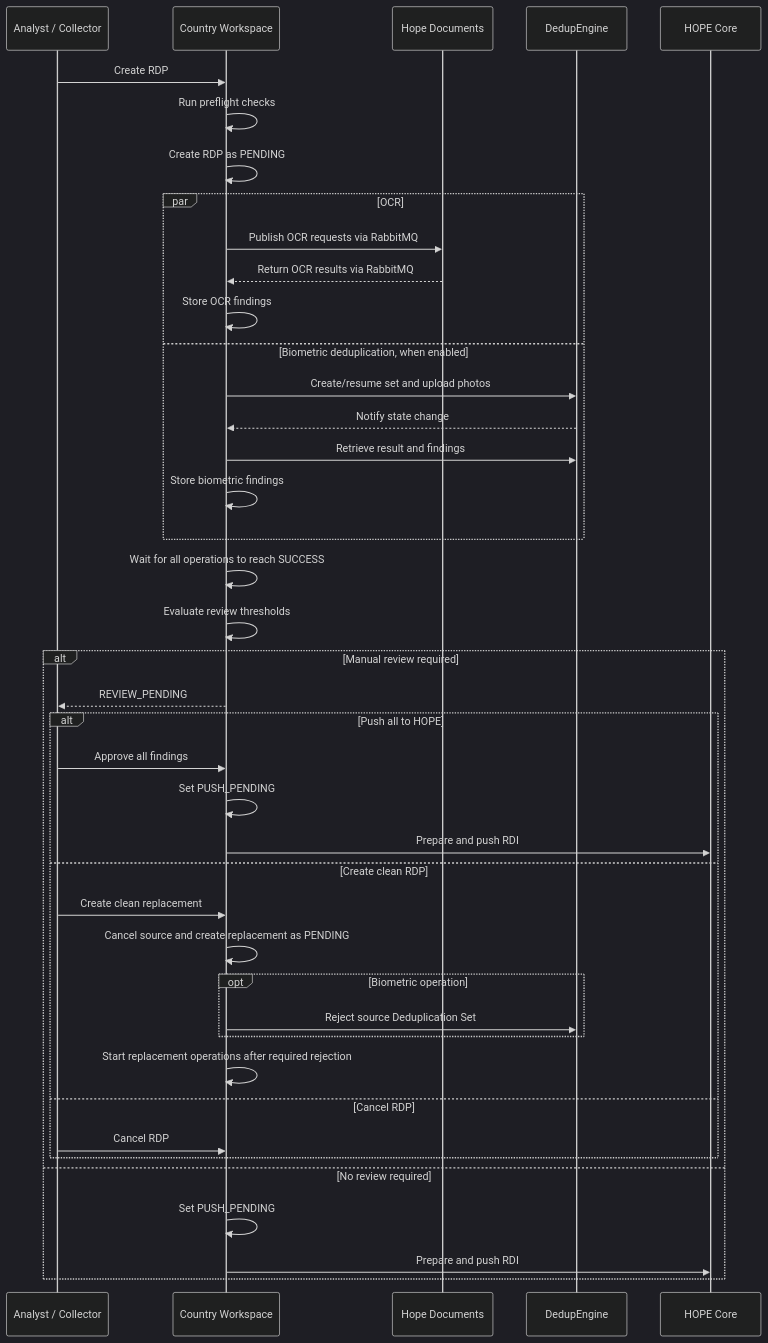
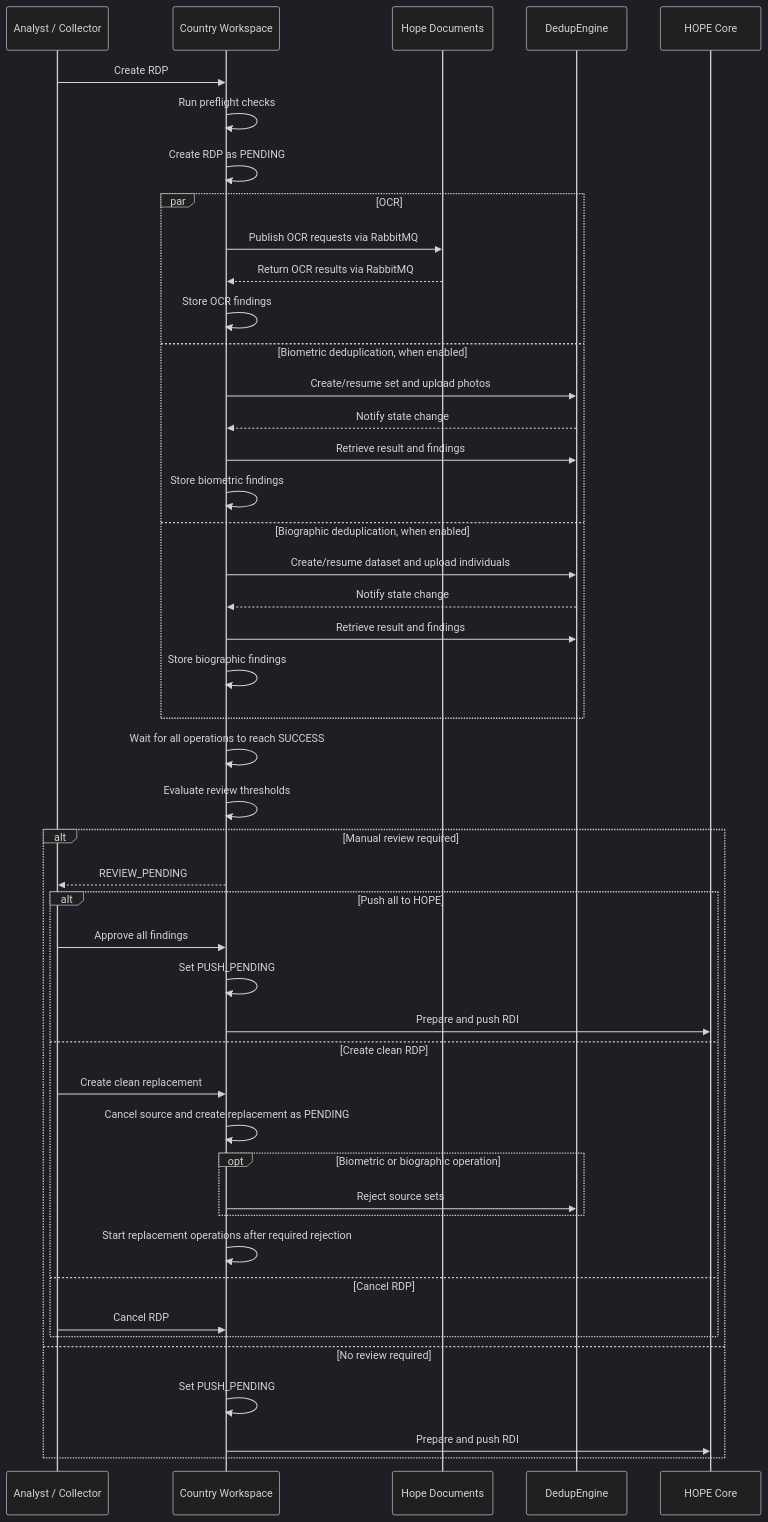
Before and after one commit to unicef/hope-country-workspace: the diagram in docs/src/rdp/processing.md, drawn with Mermaid (dark theme). The commit also changed other lines of this file and 10 other files, not shown here.

Commit message:
Document biographic deduplication and its Clean Program limitation

````diff
--- a/docs/src/rdp/processing.md
+++ b/docs/src/rdp/processing.md
@@ -9,48 +9,53 @@
 ```mermaid
 sequenceDiagram
     participant User as Analyst / Collector
     participant CW as Country Workspace
     participant HD as Hope Documents
     participant DE as DedupEngine
     participant HOPE as HOPE Core
 
     User->>CW: Create RDP
     CW->>CW: Run preflight checks
     CW->>CW: Create RDP as PENDING
 
     par OCR
         CW->>HD: Publish OCR requests via RabbitMQ
         HD-->>CW: Return OCR results via RabbitMQ
         CW->>CW: Store OCR findings
     and Biometric deduplication, when enabled
         CW->>DE: Create/resume set and upload photos
         DE-->>CW: Notify state change
         CW->>DE: Retrieve result and findings
         CW->>CW: Store biometric findings
+    and Biographic deduplication, when enabled
+        CW->>DE: Create/resume dataset and upload individuals
+        DE-->>CW: Notify state change
+        CW->>DE: Retrieve result and findings
+        CW->>CW: Store biographic findings
     end
 
     CW->>CW: Wait for all operations to reach SUCCESS
     CW->>CW: Evaluate review thresholds
 
     alt Manual review required
         CW-->>User: REVIEW_PENDING
 
         alt Push all to HOPE
             User->>CW: Approve all findings
             CW->>CW: Set PUSH_PENDING
             CW->>HOPE: Prepare and push RDI
         else Create clean RDP
             User->>CW: Create clean replacement
             CW->>CW: Cancel source and create replacement as PENDING
-            opt Biometric operation
-                CW->>DE: Reject source Deduplication Set
+            opt Biometric or biographic operation
+                CW->>DE: Reject source sets
             end
             CW->>CW: Start replacement operations after required rejection
         else Cancel RDP
             User->>CW: Cancel RDP
         end
     else No review required
         CW->>CW: Set PUSH_PENDING
         CW->>HOPE: Prepare and push RDI
     end
 ```
````
